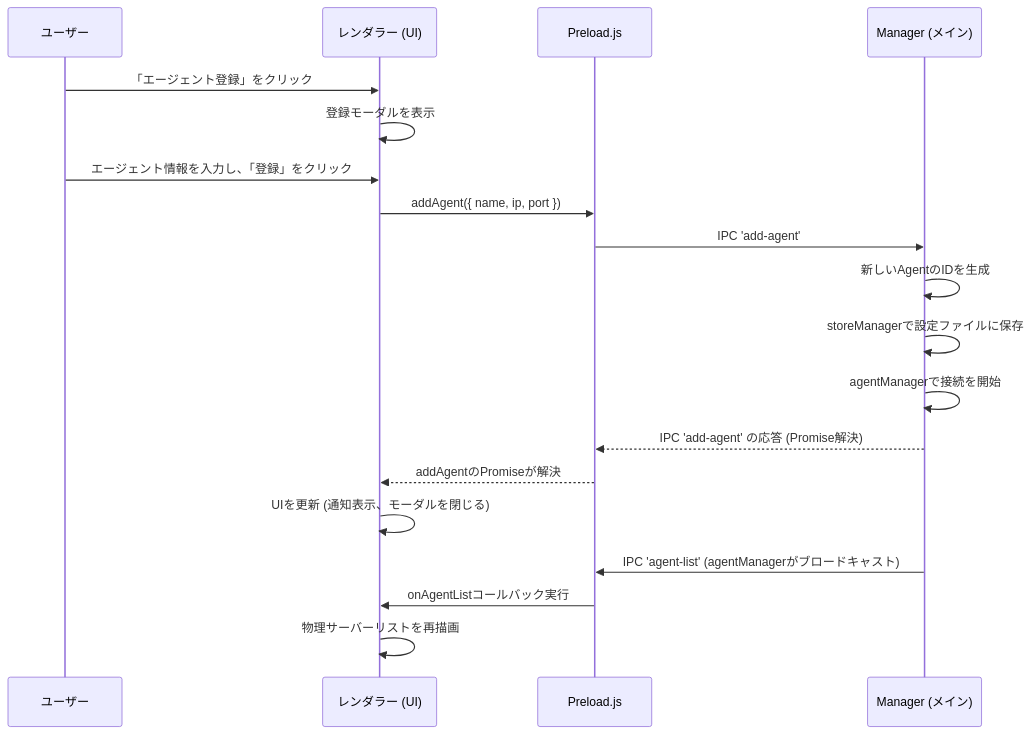
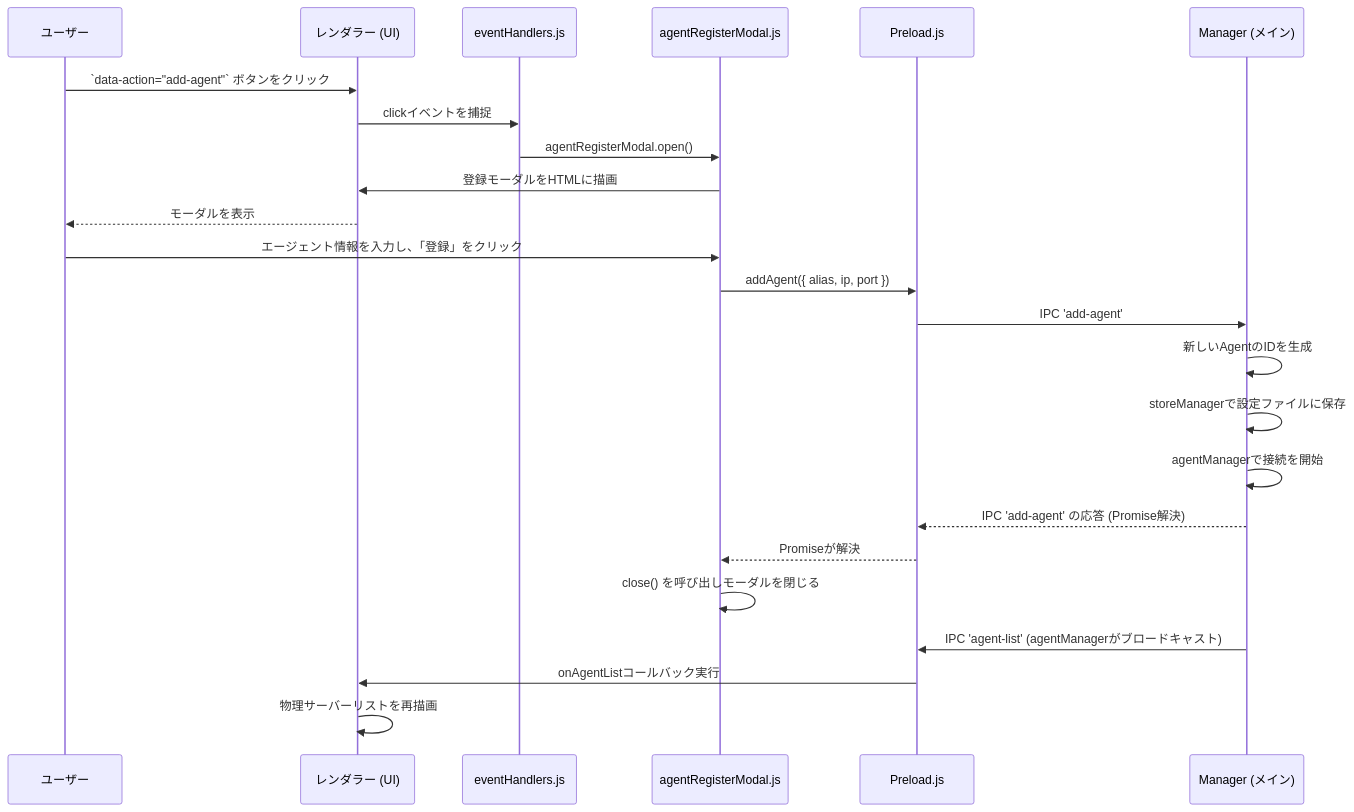
The ninth of 11 diagrams in markdown/docs/COMMUNICATION_FLOW.md (Nekolite-Studio/NL-ServerManager), drawn with Mermaid before and after one commit. The commit also changed other lines of this file and 72 other files, not shown here.

````diff
--- a/markdown/docs/COMMUNICATION_FLOW.md
+++ b/markdown/docs/COMMUNICATION_FLOW.md
@@ -299,22 +300,31 @@
 ```mermaid
 sequenceDiagram
     participant User as ユーザー
     participant Renderer as レンダラー (UI)
+    participant eventHandlers as eventHandlers.js
+    participant AgentRegisterModal as agentRegisterModal.js
     participant Preload as Preload.js
     participant Main as Manager (メイン)
 
-    User->>Renderer: 「エージェント登録」をクリック
-    Renderer->>Renderer: 登録モーダルを表示
-    User->>Renderer: エージェント情報を入力し、「登録」をクリック
-    Renderer->>Preload: addAgent({ name, ip, port })
+    User->>Renderer: `data-action="add-agent"` ボタンをクリック
+    Renderer->>eventHandlers: clickイベントを捕捉
+    eventHandlers->>AgentRegisterModal: agentRegisterModal.open()
+    AgentRegisterModal->>Renderer: 登録モーダルをHTMLに描画
+    Renderer-->>User: モーダルを表示
+    
+    User->>AgentRegisterModal: エージェント情報を入力し、「登録」をクリック
+    AgentRegisterModal->>Preload: addAgent({ alias, ip, port })
     Preload->>Main: IPC 'add-agent'
+    
     Main->>Main: 新しいAgentのIDを生成
     Main->>Main: storeManagerで設定ファイルに保存
     Main->>Main: agentManagerで接続を開始
+    
     Main-->>Preload: IPC 'add-agent' の応答 (Promise解決)
-    Preload-->>Renderer: addAgentのPromiseが解決
-    Renderer->>Renderer: UIを更新 (通知表示、モーダルを閉じる)
+    Preload-->>AgentRegisterModal: Promiseが解決
+    AgentRegisterModal->>AgentRegisterModal: close() を呼び出しモーダルを閉じる
+    
     Main->>Preload: IPC 'agent-list' (agentManagerがブロードキャスト)
     Preload->>Renderer: onAgentListコールバック実行
     Renderer->>Renderer: 物理サーバーリストを再描画
 ```
````
